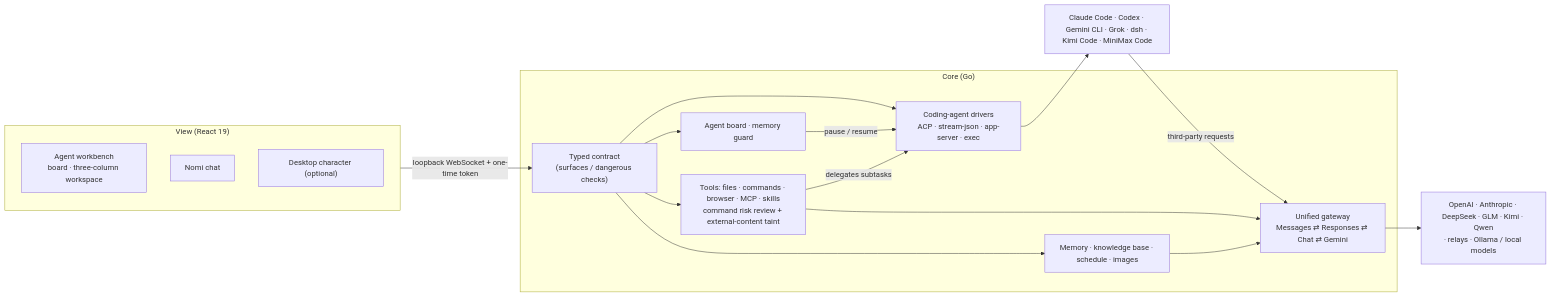
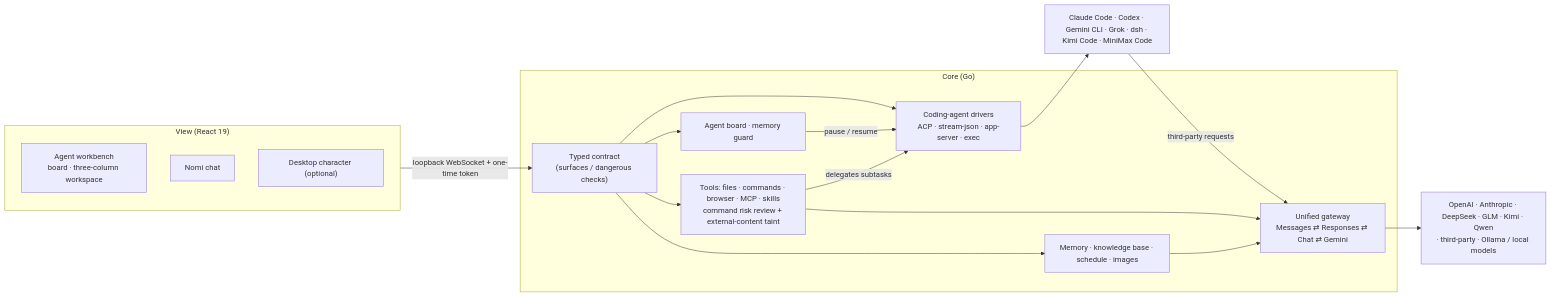
One commit to Cookieboty/nomi-ai changed the diagram in README.en.md. Above: the diagram before and after it, drawn with Mermaid. The commit also changed other lines of this file and 3 other files, not shown here.

First line of the commit message:
docs: say third-party instead of China-region

````diff
--- a/README.en.md
+++ b/README.en.md
@@ -94,26 +94,26 @@
 ```mermaid
 flowchart LR
   subgraph View["View (React 19)"]
     Bench["Agent workbench<br/>board · three-column workspace"]
     Chat["Nomi chat"]
     Mascot["Desktop character (optional)"]
   end
   subgraph Core["Core (Go)"]
     Contract["Typed contract<br/>(surfaces / dangerous checks)"]
     Fleet["Agent board · memory guard"]
     Agents["Coding-agent drivers<br/>ACP · stream-json · app-server · exec"]
     Tools["Tools: files · commands · browser · MCP · skills<br/>command risk review + external-content taint"]
     Mem["Memory · knowledge base · schedule · images"]
     GW["Unified gateway<br/>Messages ⇄ Responses ⇄ Chat ⇄ Gemini"]
   end
   CLI["Claude Code · Codex · Gemini CLI · Grok · dsh · Kimi Code · MiniMax Code"]
-  Up["OpenAI · Anthropic · DeepSeek · GLM · Kimi · Qwen<br/>· relays · Ollama / local models"]
+  Up["OpenAI · Anthropic · DeepSeek · GLM · Kimi · Qwen<br/>· third-party · Ollama / local models"]
   View -- "loopback WebSocket + one-time token" --> Contract
   Contract --> Fleet & Agents & Tools & Mem
   Fleet -- "pause / resume" --> Agents
   Agents --> CLI
   CLI -- "third-party requests" --> GW
   Tools -- "delegates subtasks" --> Agents
   Tools & Mem --> GW
   GW --> Up
 ```
````
